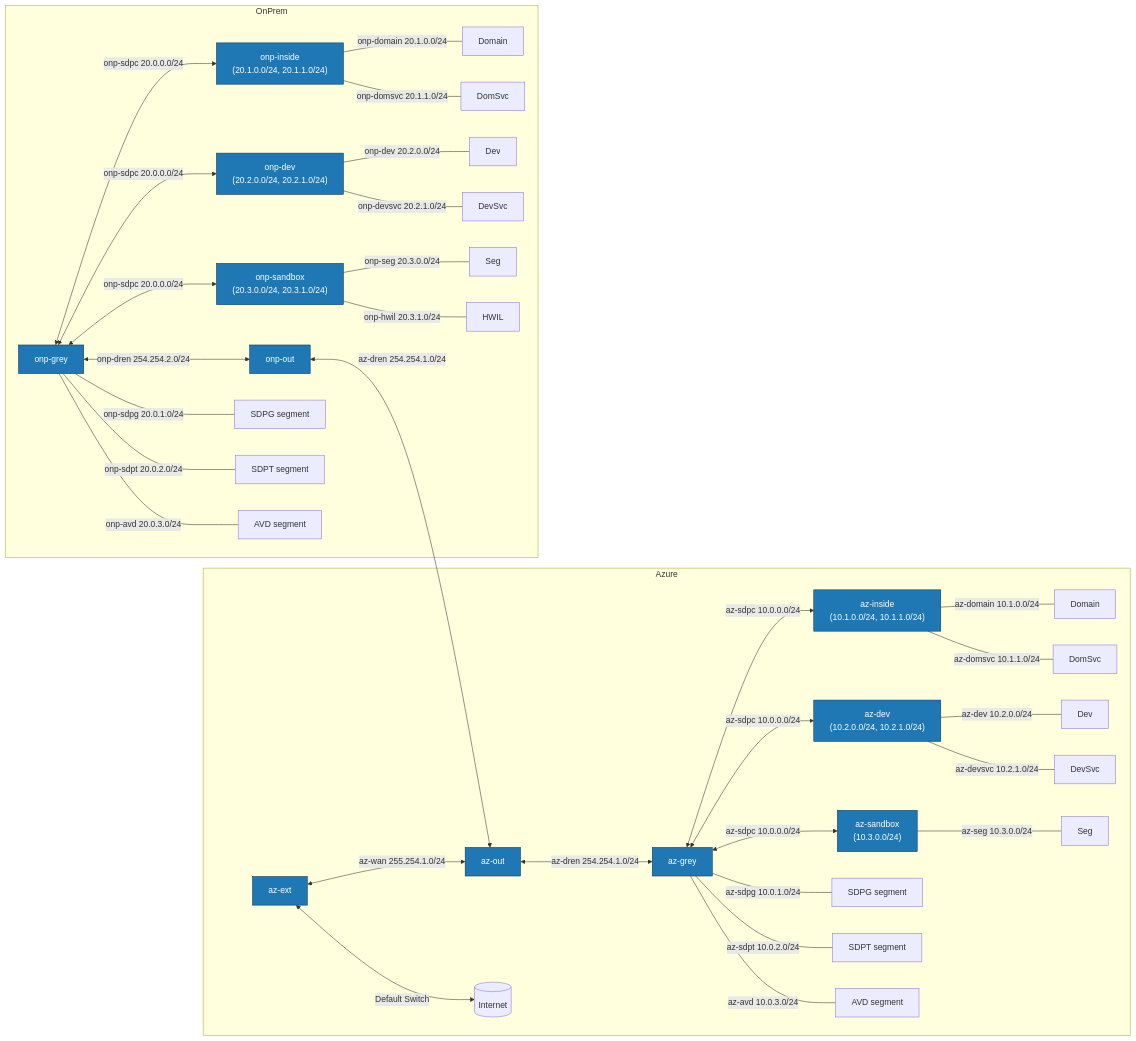
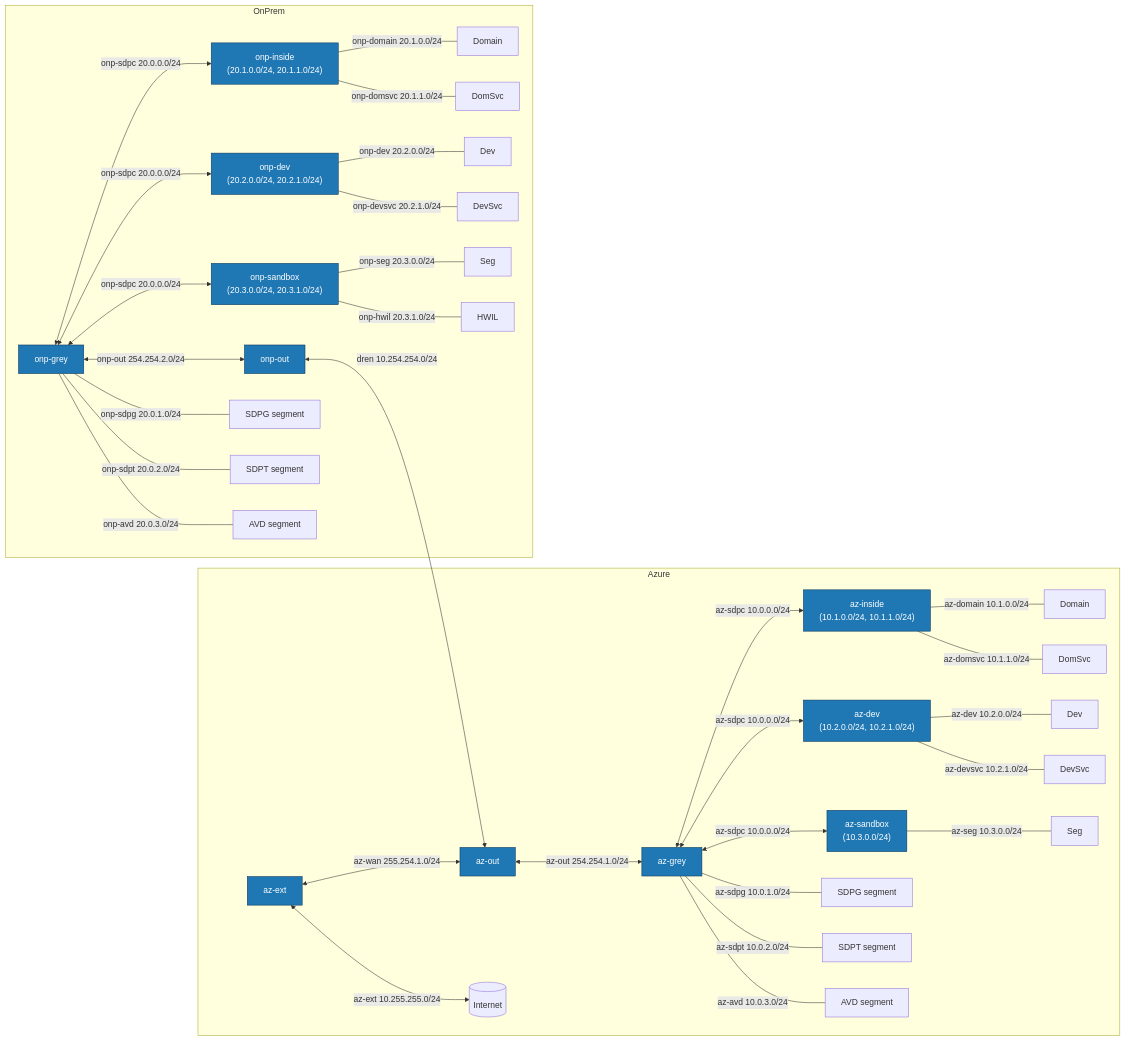
The diagram in diagrams/routing-topology.mmd (cantrellr/vyos-appgate-dren-lab), drawn with Mermaid before and after one commit. The commit also changed 10 other files, not shown here.

```diff
--- a/diagrams/routing-topology.mmd
+++ b/diagrams/routing-topology.mmd
@@ -1,51 +1,51 @@
 flowchart LR
     classDef router fill:#1f78b4,stroke:#0b3558,color:#ffffff;
 
     subgraph Azure
         az_ext["az-ext"]:::router
         az_out["az-out"]:::router
         az_grey["az-grey"]:::router
         az_inside["az-inside\n(10.1.0.0/24, 10.1.1.0/24)"]:::router
         az_dev["az-dev\n(10.2.0.0/24, 10.2.1.0/24)"]:::router
         az_sandbox["az-sandbox\n(10.3.0.0/24)"]:::router
         internet[("Internet")]
 
-        az_ext <--> |"Default Switch"| internet
+        az_ext <--> |"az-ext 10.255.255.0/24"| internet
         az_ext <--> |"az-wan 255.254.1.0/24"| az_out
-        az_out <--> |"az-dren 254.254.1.0/24"| az_grey
+        az_out <--> |"az-out 254.254.1.0/24"| az_grey
         az_grey <--> |"az-sdpc 10.0.0.0/24"| az_inside
         az_grey <--> |"az-sdpc 10.0.0.0/24"| az_dev
         az_grey <--> |"az-sdpc 10.0.0.0/24"| az_sandbox
         az_inside --- |"az-domain 10.1.0.0/24"| az_domain["Domain"]
         az_inside --- |"az-domsvc 10.1.1.0/24"| az_domsvc["DomSvc"]
         az_dev --- |"az-dev 10.2.0.0/24"| az_devnet["Dev"]
         az_dev --- |"az-devsvc 10.2.1.0/24"| az_devsvc["DevSvc"]
         az_sandbox --- |"az-seg 10.3.0.0/24"| az_seg["Seg"]
         az_grey --- |"az-sdpg 10.0.1.0/24"| az_sdpg["SDPG segment"]
         az_grey --- |"az-sdpt 10.0.2.0/24"| az_sdpt["SDPT segment"]
         az_grey --- |"az-avd 10.0.3.0/24"| az_avd["AVD segment"]
     end
 
     subgraph OnPrem
         onp_out["onp-out"]:::router
         onp_grey["onp-grey"]:::router
         onp_inside["onp-inside\n(20.1.0.0/24, 20.1.1.0/24)"]:::router
         onp_dev["onp-dev\n(20.2.0.0/24, 20.2.1.0/24)"]:::router
         onp_sandbox["onp-sandbox\n(20.3.0.0/24, 20.3.1.0/24)"]:::router
 
-        onp_grey <--> |"onp-dren 254.254.2.0/24"| onp_out
+        onp_grey <--> |"onp-out 254.254.2.0/24"| onp_out
         onp_grey <--> |"onp-sdpc 20.0.0.0/24"| onp_inside
         onp_grey <--> |"onp-sdpc 20.0.0.0/24"| onp_dev
         onp_grey <--> |"onp-sdpc 20.0.0.0/24"| onp_sandbox
         onp_inside --- |"onp-domain 20.1.0.0/24"| onp_domain["Domain"]
         onp_inside --- |"onp-domsvc 20.1.1.0/24"| onp_domsvc["DomSvc"]
         onp_dev --- |"onp-dev 20.2.0.0/24"| onp_devnet["Dev"]
         onp_dev --- |"onp-devsvc 20.2.1.0/24"| onp_devsvc["DevSvc"]
         onp_sandbox --- |"onp-seg 20.3.0.0/24"| onp_seg["Seg"]
         onp_sandbox --- |"onp-hwil 20.3.1.0/24"| onp_hwil["HWIL"]
         onp_grey --- |"onp-sdpg 20.0.1.0/24"| onp_sdpg["SDPG segment"]
         onp_grey --- |"onp-sdpt 20.0.2.0/24"| onp_sdpt["SDPT segment"]
         onp_grey --- |"onp-avd 20.0.3.0/24"| onp_avd["AVD segment"]
     end
 
-    onp_out <--> |"az-dren 254.254.1.0/24"| az_out
+    onp_out <--> |"dren 10.254.254.0/24"| az_out
```
